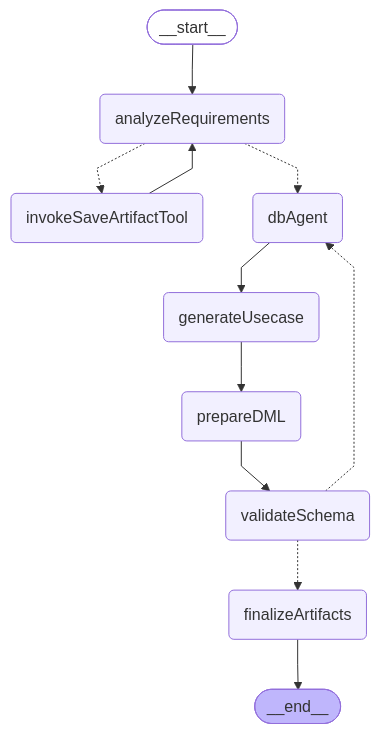
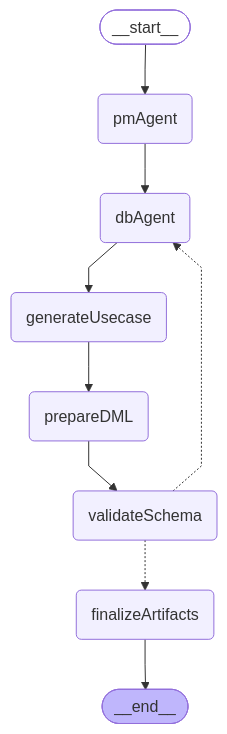
One commit to yzkee/liam changed the first of 3 diagrams in frontend/internal-packages/agent/src/chat/workflow/README.md. Above: the diagram before and after it, drawn with Mermaid. The commit also changed other lines of this file and 10 other files, not shown here.

````diff
--- a/frontend/internal-packages/agent/src/chat/workflow/README.md
+++ b/frontend/internal-packages/agent/src/chat/workflow/README.md
@@ -7,26 +7,23 @@
 ```mermaid
 %%{init: {'flowchart': {'curve': 'linear'}}}%%
 graph TD;
 	__start__([<p>__start__</p>]):::first
-	analyzeRequirements(analyzeRequirements)
-	invokeSaveArtifactTool(invokeSaveArtifactTool)
+	pmAgent(pmAgent)
 	dbAgent(dbAgent)
 	generateUsecase(generateUsecase)
 	prepareDML(prepareDML)
 	validateSchema(validateSchema)
 	finalizeArtifacts(finalizeArtifacts)
 	__end__([<p>__end__</p>]):::last
-	__start__ --> analyzeRequirements;
+	__start__ --> pmAgent;
 	dbAgent --> generateUsecase;
 	finalizeArtifacts --> __end__;
 	generateUsecase --> prepareDML;
-	invokeSaveArtifactTool --> analyzeRequirements;
+	pmAgent --> dbAgent;
 	prepareDML --> validateSchema;
-	analyzeRequirements -.-> invokeSaveArtifactTool;
-	analyzeRequirements -.-> dbAgent;
 	validateSchema -.-> dbAgent;
 	validateSchema -.-> finalizeArtifacts;
 	classDef default fill:#f2f0ff,line-height:1.2;
 	classDef first fill-opacity:0;
 	classDef last fill:#bfb6fc;
 ```
````
